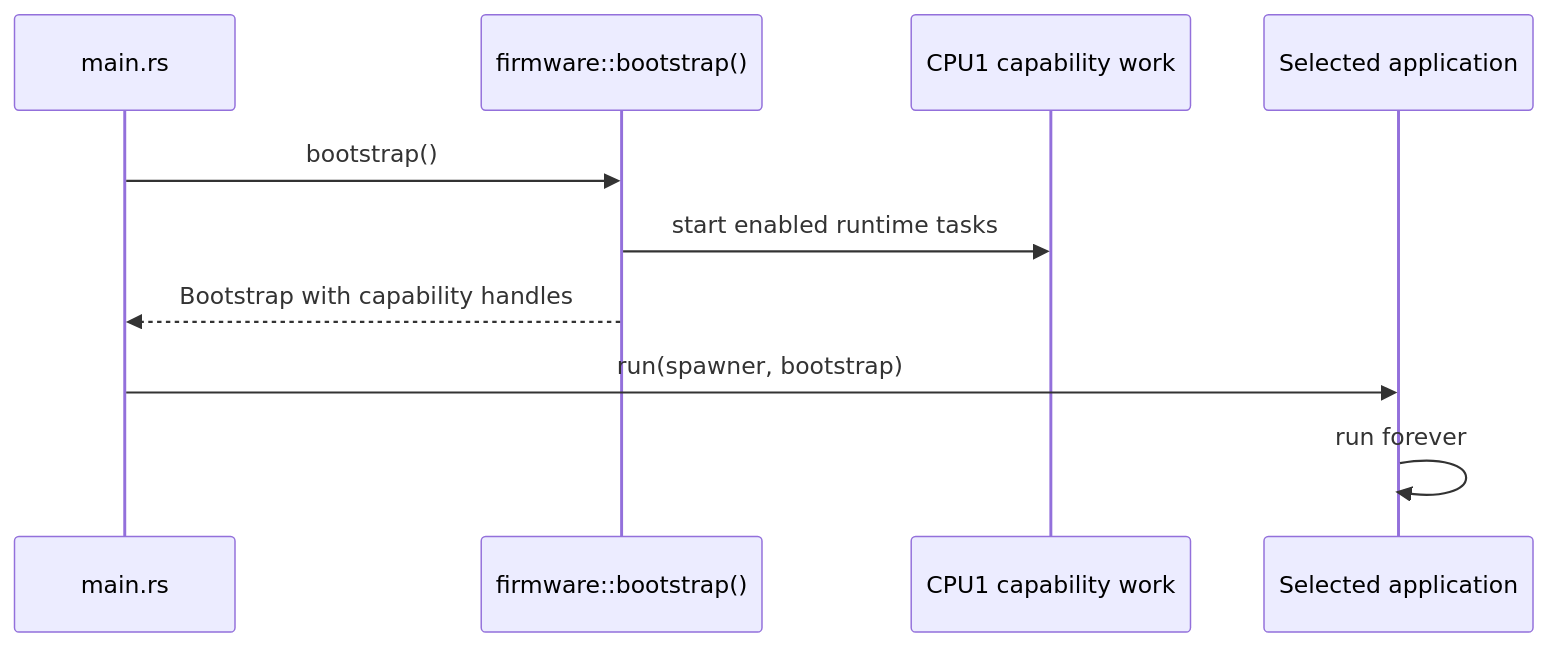
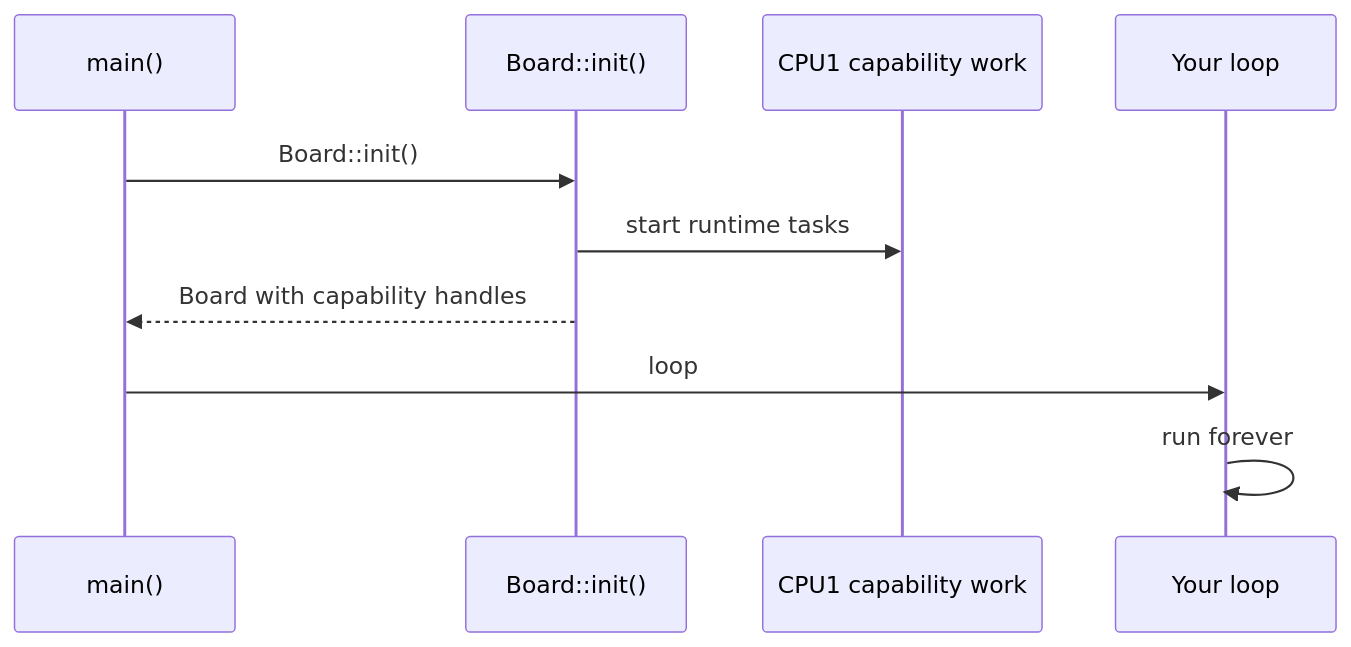
One commit to wackazong/hackandhike-2026 changed the third of 12 diagrams in README.md. Above: the diagram before and after it, drawn with Mermaid. The commit also changed other lines of this file and 1 other file, not shown here.

````diff
--- a/README.md
+++ b/README.md
@@ -287,13 +274,13 @@
 ```mermaid
 sequenceDiagram
-    participant Main as main.rs
-    participant Boot as firmware::bootstrap()
+    participant Main as main()
+    participant Boot as Board::init()
     participant CPU1 as CPU1 capability work
-    participant App as Selected application
+    participant App as Your loop
 
-    Main->>Boot: bootstrap()
-    Boot->>CPU1: start enabled runtime tasks
-    Boot-->>Main: Bootstrap with capability handles
-    Main->>App: run(spawner, bootstrap)
+    Main->>Boot: Board::init()
+    Boot->>CPU1: start runtime tasks
+    Boot-->>Main: Board with capability handles
+    Main->>App: loop
     App->>App: run forever
 ```
````
